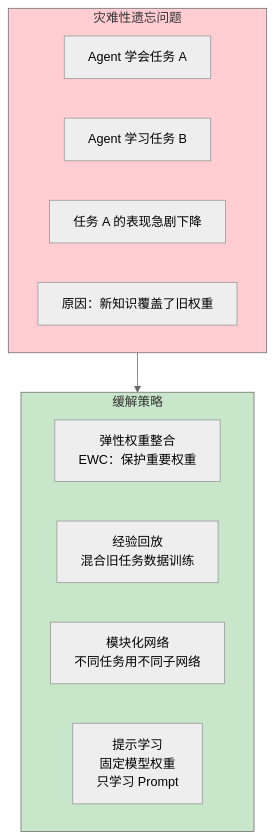
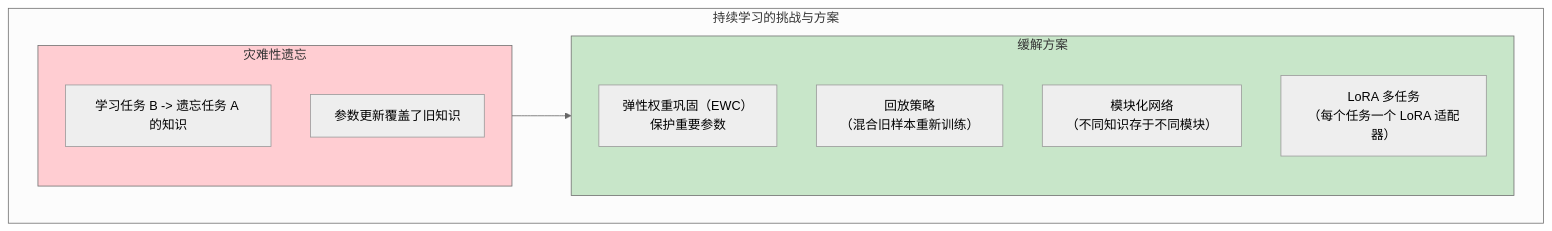
Diagram 17 of 20 in docs/前沿/05-Agent记忆前沿.md (UranusGit/java-agent-learn), drawn with Mermaid (neutral theme) before and after one commit. The commit also changed other lines of this file and 15 other files, not shown here.

````diff
--- a/docs/前沿/05-Agent记忆前沿.md
+++ b/docs/前沿/05-Agent记忆前沿.md
@@ -318,21 +678,21 @@
 ```mermaid
 graph TB
-    subgraph 灾难性遗忘["灾难性遗忘问题"]
-        S1["Agent 学会任务 A"]
-        S2["Agent 学习任务 B"]
-        S3["任务 A 的表现急剧下降"]
-        S4["原因：新知识覆盖了旧权重"]
+    subgraph CL["持续学习的挑战与方案"]
+        subgraph 问题["灾难性遗忘"]
+            P1["学习任务 B -> 遗忘任务 A 的知识"]
+            P2["参数更新覆盖了旧知识"]
+        end
+
+        subgraph 方案["缓解方案"]
+            S1["弹性权重巩固（EWC）<br/>保护重要参数"]
+            S2["回放策略<br/>（混合旧样本重新训练）"]
+            S3["模块化网络<br/>（不同知识存于不同模块）"]
+            S4["LoRA 多任务<br/>（每个任务一个 LoRA 适配器）"]
+        end
     end
 
-    subgraph 解决方案["缓解策略"]
-        R1["弹性权重整合<br/>EWC：保护重要权重"]
-        R2["经验回放<br/>混合旧任务数据训练"]
-        R3["模块化网络<br/>不同任务用不同子网络"]
-        R4["提示学习<br/>固定模型权重<br/>只学习 Prompt"]
-    end
+    问题 --> 方案
 
-    灾难性遗忘 --> 解决方案
-
-    style 灾难性遗忘 fill:#ffcdd2
-    style 解决方案 fill:#c8e6c9
+    style 问题 fill:#ffcdd2
+    style 方案 fill:#c8e6c9
 ```
````
